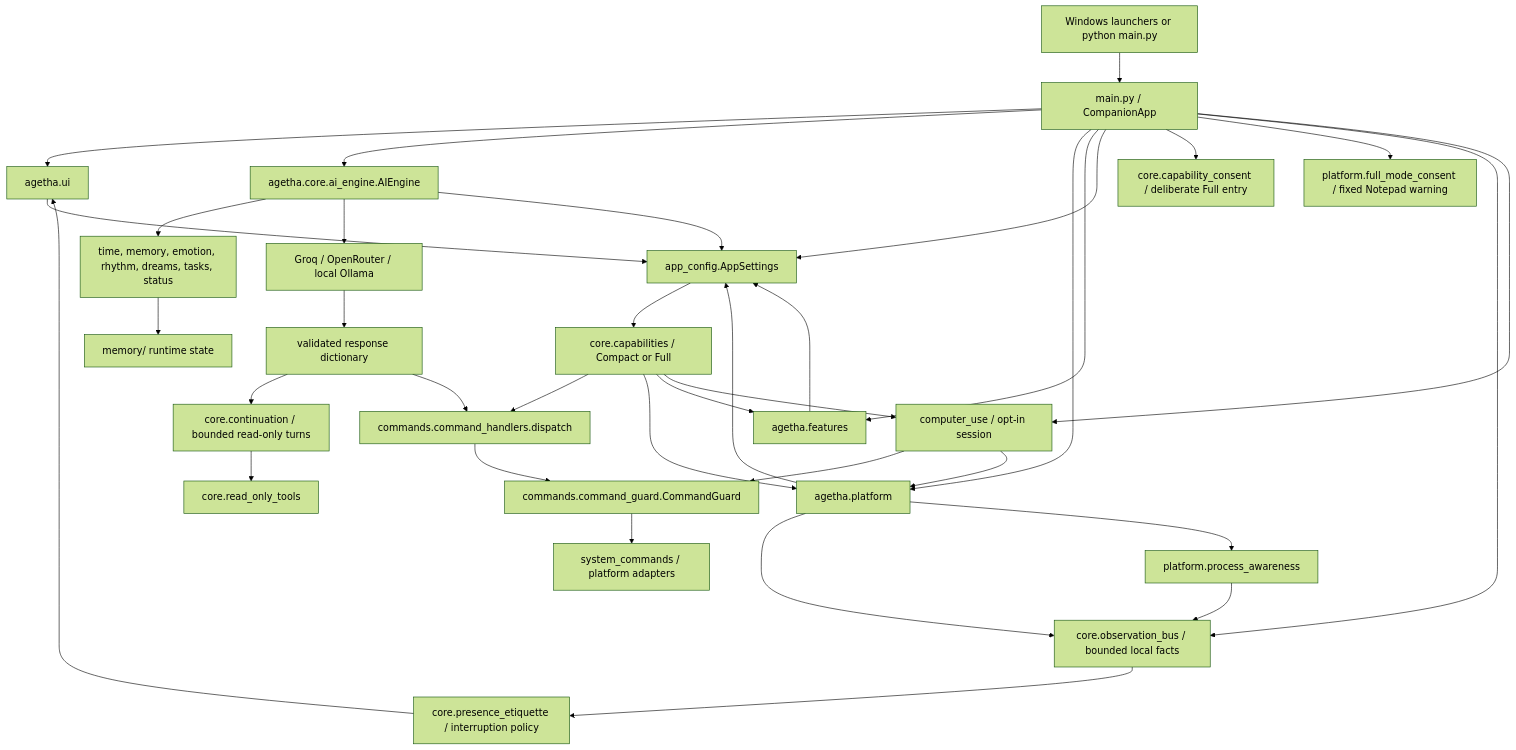
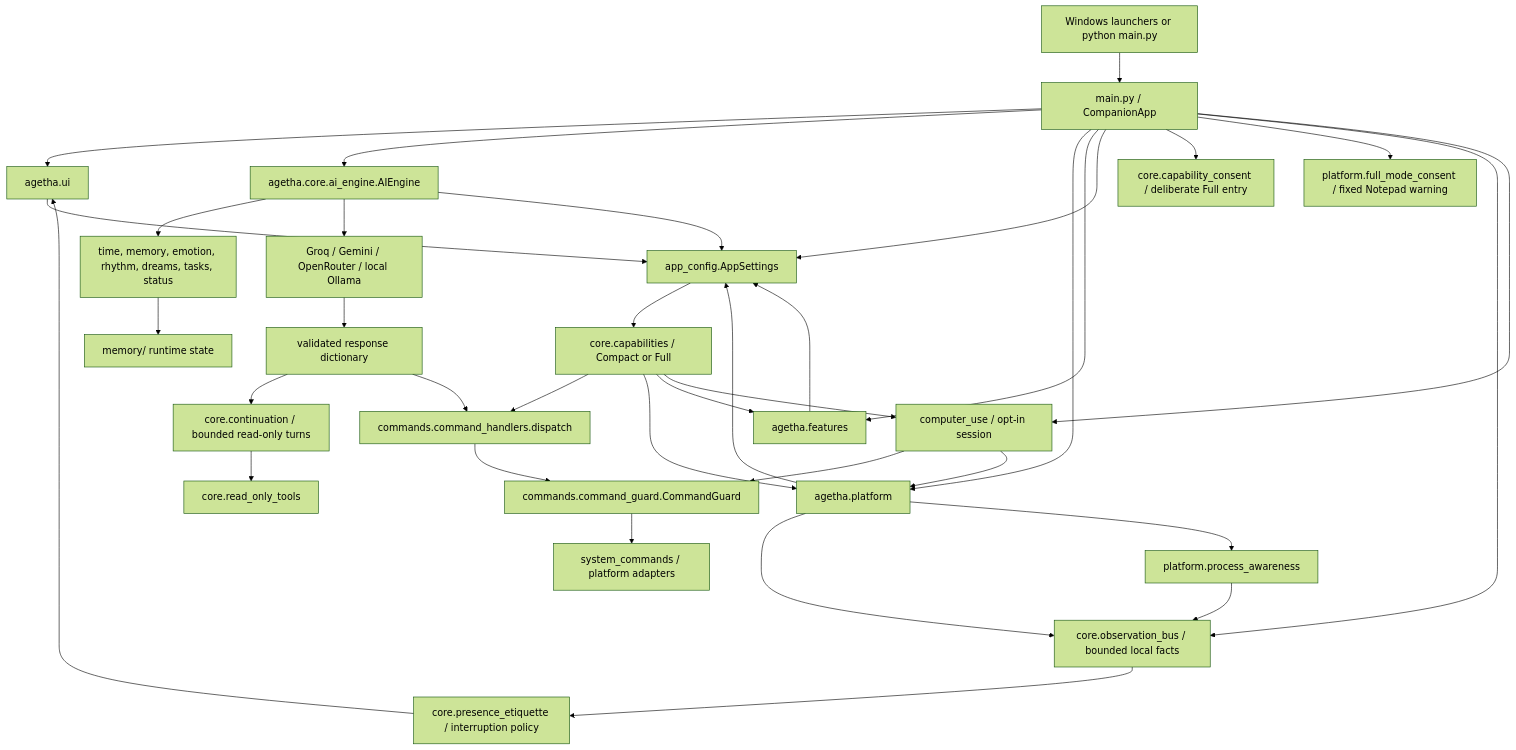
The diagram in docs/architecture.md (SiriusNovyx/Agetha.exe), drawn with Mermaid (forest theme) before and after one commit. The commit also changed other lines of this file and 33 other files, not shown here.

````diff
--- a/docs/architecture.md
+++ b/docs/architecture.md
@@ -9,38 +9,38 @@
 ```mermaid
 flowchart TD
     Launch["Windows launchers or python main.py"] --> Main["main.py / CompanionApp"]
     Main --> UI["agetha.ui"]
     Main --> Engine["agetha.core.ai_engine.AIEngine"]
     Main --> Platform["agetha.platform"]
     Main --> Features["agetha.features"]
     Engine --> Prompt["time, memory, emotion, rhythm, dreams, tasks, status"]
-    Engine --> Provider["Groq / OpenRouter / local Ollama"]
+    Engine --> Provider["Groq / Gemini / OpenRouter / local Ollama"]
     Provider --> Parse["validated response dictionary"]
     Parse --> Continue["core.continuation / bounded read-only turns"]
     Continue --> ReadTools["core.read_only_tools"]
     Parse --> Dispatch["commands.command_handlers.dispatch"]
     Dispatch --> Guard["commands.command_guard.CommandGuard"]
     Guard --> OS["system_commands / platform adapters"]
     Prompt --> State["memory/ runtime state"]
     Main --> Config["app_config.AppSettings"]
     Config --> Capability["core.capabilities / Compact or Full"]
     Main --> Consent["core.capability_consent / deliberate Full entry"]
     Main --> Demo["platform.full_mode_consent / fixed Notepad warning"]
     Capability --> Dispatch
     Capability --> Platform
     Capability --> Features
     Capability --> Computer
     Engine --> Config
     Platform --> Config
     Features --> Config
     UI --> Config
     Main --> Bus["core.observation_bus / bounded local facts"]
     Bus --> Presence["core.presence_etiquette / interruption policy"]
     Platform --> Bus
     Presence --> UI
     Platform --> Process["platform.process_awareness"]
     Process --> Bus
     Main --> Computer["computer_use / opt-in session"]
     Computer --> Guard
     Computer --> Platform
 ```
````
